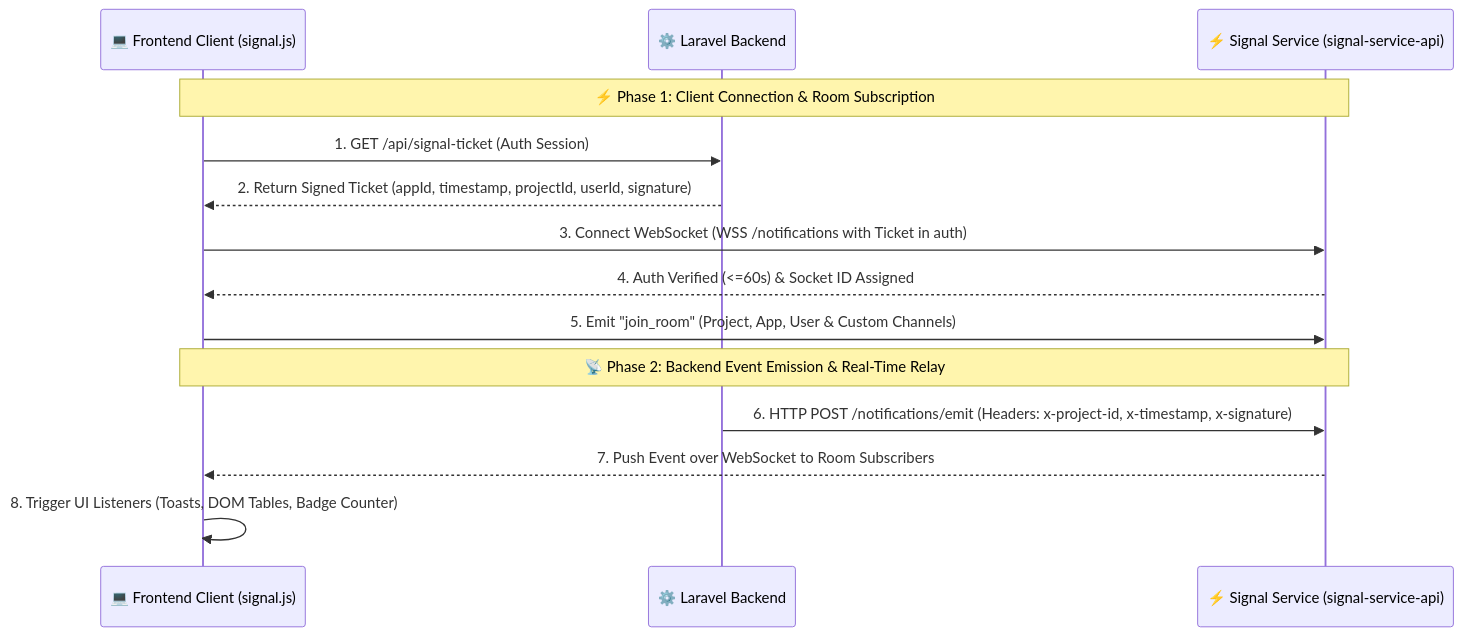
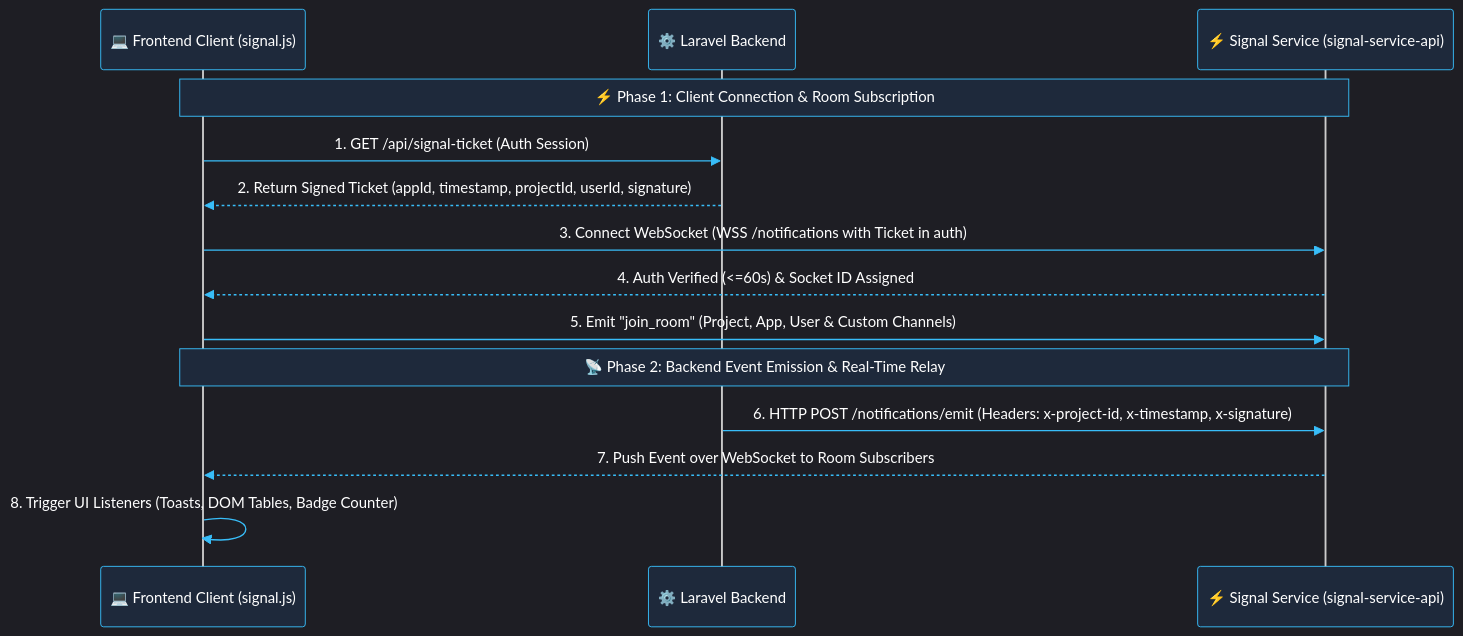
The first of 2 diagrams in SIGNAL_LARAVEL_INTEGRATION_GUIDE.md (hour-panha23/Build-Doc), drawn with Mermaid before and after one commit. The commit also changed other lines of this file, not shown here.

Commit message:
Inject dark theme directive with crisp white text and sky-blue accents into Mermaid diagrams

````diff
--- a/SIGNAL_LARAVEL_INTEGRATION_GUIDE.md
+++ b/SIGNAL_LARAVEL_INTEGRATION_GUIDE.md
@@ -15,18 +15,19 @@
 ```mermaid
+%%{init: {'theme': 'dark', 'themeVariables': {'darkMode': true, 'signalColor': '#38bdf8', 'signalTextColor': '#ffffff', 'actorTextColor': '#ffffff', 'actorBkg': '#1e293b', 'actorBorder': '#38bdf8', 'lineColor': '#38bdf8', 'textColor': '#ffffff', 'noteTextColor': '#ffffff', 'noteBkgColor': '#1e293b', 'noteBorderColor': '#38bdf8'}}}%%
 sequenceDiagram
     participant Client as 💻 Frontend Client (signal.js)
     participant Laravel as ⚙️ Laravel Backend
     participant Signal as ⚡ Signal Service (signal-service-api)
 
     Note over Client,Signal: ⚡ Phase 1: Client Connection & Room Subscription
     Client->>Laravel: 1. GET /api/signal-ticket (Auth Session)
     Laravel-->>Client: 2. Return Signed Ticket (appId, timestamp, projectId, userId, signature)
     Client->>Signal: 3. Connect WebSocket (WSS /notifications with Ticket in auth)
     Signal-->>Client: 4. Auth Verified (<=60s) & Socket ID Assigned
     Client->>Signal: 5. Emit "join_room" (Project, App, User & Custom Channels)
 
     Note over Client,Signal: 📡 Phase 2: Backend Event Emission & Real-Time Relay
     Laravel->>Signal: 6. HTTP POST /notifications/emit (Headers: x-project-id, x-timestamp, x-signature)
     Signal-->>Client: 7. Push Event over WebSocket to Room Subscribers
     Client->>Client: 8. Trigger UI Listeners (Toasts, DOM Tables, Badge Counter)
 ```
````
